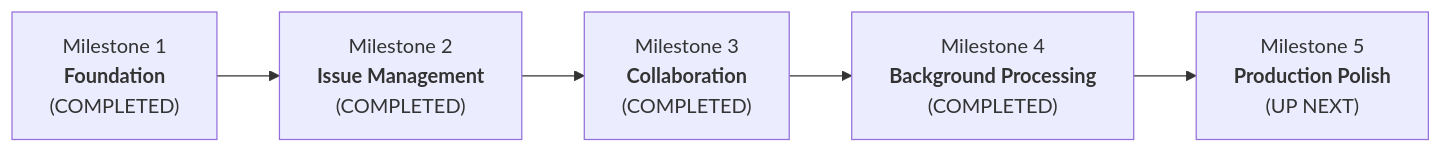
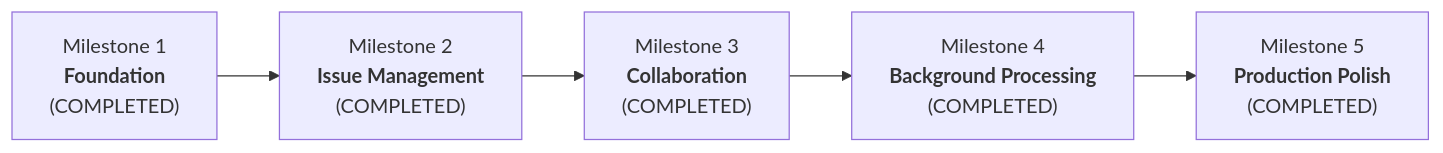
One commit to PrithviRajVerma/DevTrack changed the diagram in PROJECT_PROGRESS.md. Above: the diagram before and after it, drawn with Mermaid. The commit also changed other lines of this file, not shown here.

Commit message:
docs(progress): mark Milestone 5 and entire project completed with 49 verified tests

````diff
--- a/PROJECT_PROGRESS.md
+++ b/PROJECT_PROGRESS.md
@@ -14,7 +14,7 @@
 ```mermaid
 flowchart LR
     M1["Milestone 1<br/><b>Foundation</b><br/>(COMPLETED)"] --> M2["Milestone 2<br/><b>Issue Management</b><br/>(COMPLETED)"]
     M2 --> M3["Milestone 3<br/><b>Collaboration</b><br/>(COMPLETED)"]
     M3 --> M4["Milestone 4<br/><b>Background Processing</b><br/>(COMPLETED)"]
-    M4 --> M5["Milestone 5<br/><b>Production Polish</b><br/>(UP NEXT)"]
+    M4 --> M5["Milestone 5<br/><b>Production Polish</b><br/>(COMPLETED)"]
 ```
````
